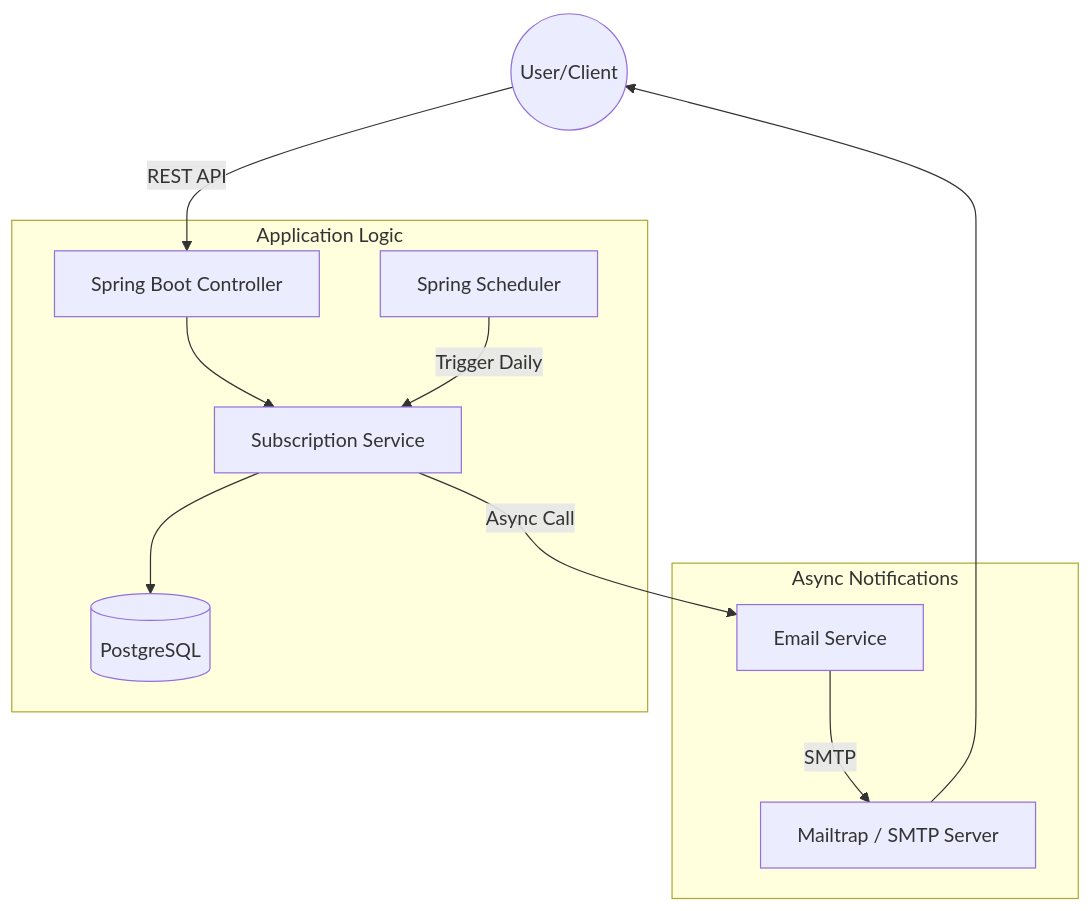
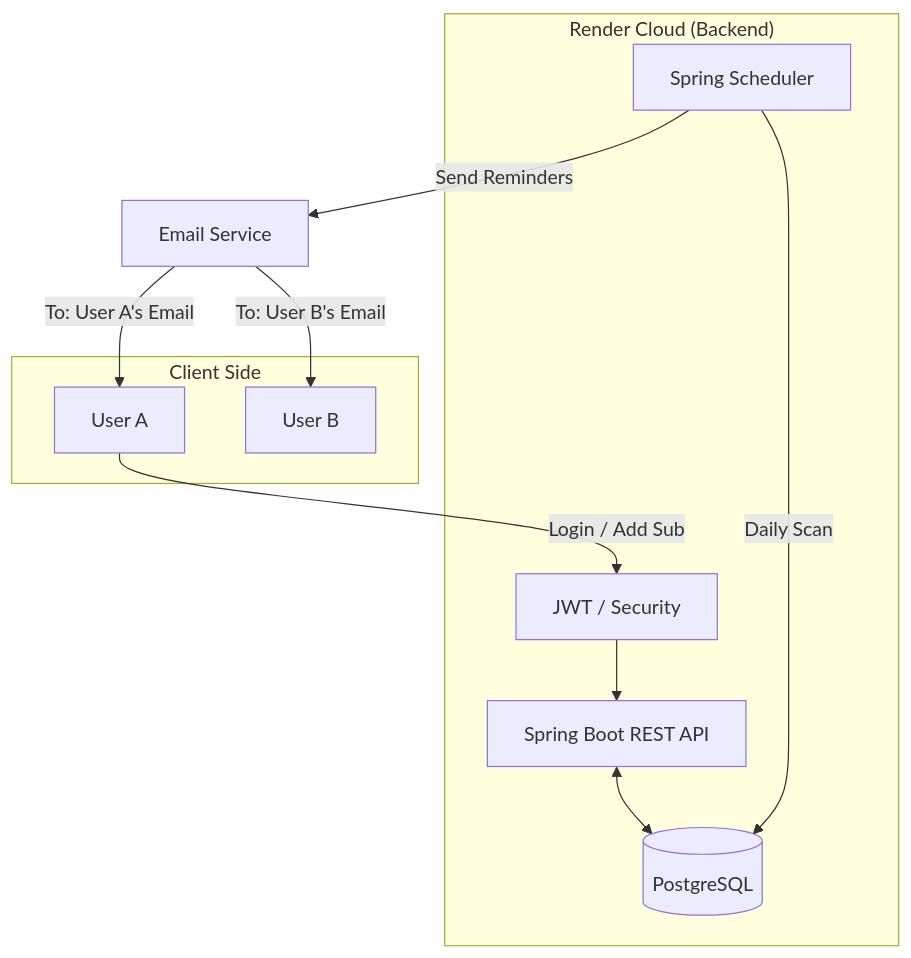
Before and after one commit to pizzaInmystomach/Subscription-Tracker: the first of 2 diagrams in README.md, drawn with Mermaid. The commit also changed 44 other files, not shown here.

First line of the commit message:
Add JWT auth, user model and IMAP config

````diff
--- a/README.md
+++ b/README.md
@@ -102,14 +102,24 @@
 ```mermaid
 graph TD
-    User((User/Client)) -- REST API --> Controller[Spring Boot Controller]
-    subgraph "Application Logic"
-        Controller --> Service[Subscription Service]
-        Service --> DB[(PostgreSQL)]
-        Scheduler[Spring Scheduler] -- Trigger Daily --> Service
+    subgraph "Client Side"
+        UserA[User A]
+        UserB[User B]
     end
-    subgraph "Async Notifications"
-        Service -- Async Call --> Email[Email Service]
-        Email -- SMTP --> Mailtrap[Mailtrap / SMTP Server]
+
+    subgraph "Render Cloud (Backend)"
+        API[Spring Boot REST API]
+        Auth[JWT / Security]
+        DB[(PostgreSQL)]
+        Task[Spring Scheduler]
     end
-    Mailtrap --> User
+
+    UserA -- "Login / Add Sub" --> Auth
+    Auth --> API
+    API <--> DB
+    
+    Task -- "Daily Scan" --> DB
+    Task -- "Send Reminders" --> Mail[Email Service]
+    
+    Mail -- "To: User A's Email" --> UserA
+    Mail -- "To: User B's Email" --> UserB
 ```
````
